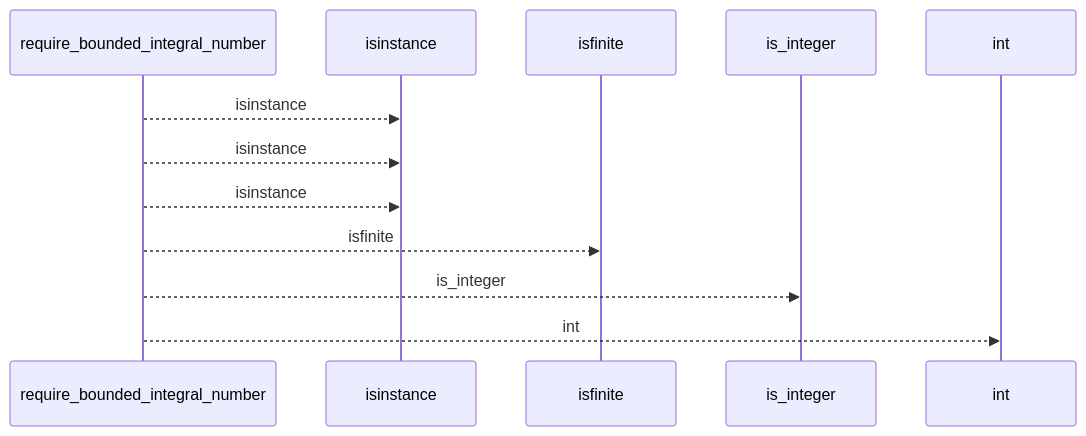
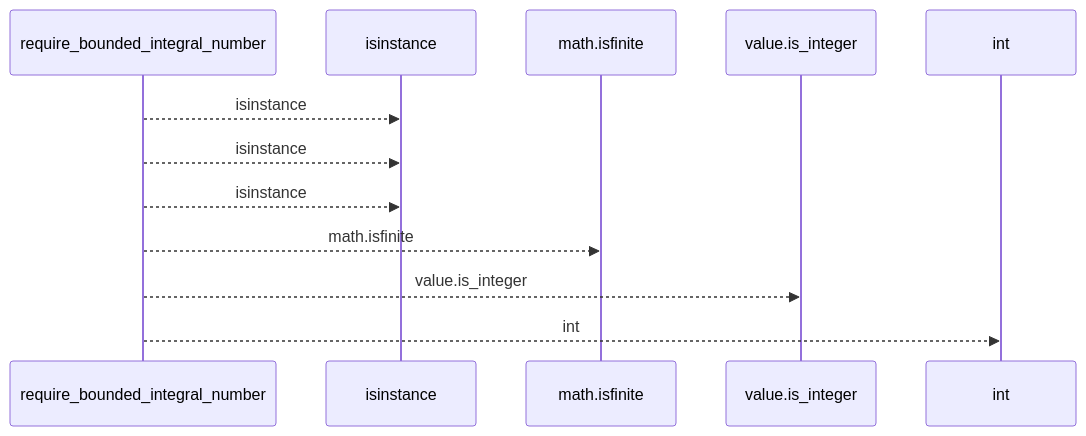
The first of 2 diagrams in docs/llm_wiki/flows/api-require_bounded_integral_number.md (Denissvgn/python-wiki-llm), drawn with Mermaid before and after one commit. The commit also changed other lines of this file and 719 other files, not shown here.

````diff
--- a/docs/llm_wiki/flows/api-require_bounded_integral_number.md
+++ b/docs/llm_wiki/flows/api-require_bounded_integral_number.md
@@ -10,14 +10,14 @@
 ```mermaid
 sequenceDiagram
     participant p0 as require_bounded_integral_number
     participant p1 as isinstance
-    participant p2 as isfinite
-    participant p3 as is_integer
+    participant p2 as math.isfinite
+    participant p3 as value.is_integer
     participant p4 as int
     p0-->>p1: isinstance
     p0-->>p1: isinstance
     p0-->>p1: isinstance
-    p0-->>p2: isfinite
-    p0-->>p3: is_integer
+    p0-->>p2: math.isfinite
+    p0-->>p3: value.is_integer
     p0-->>p4: int
 ```
````
